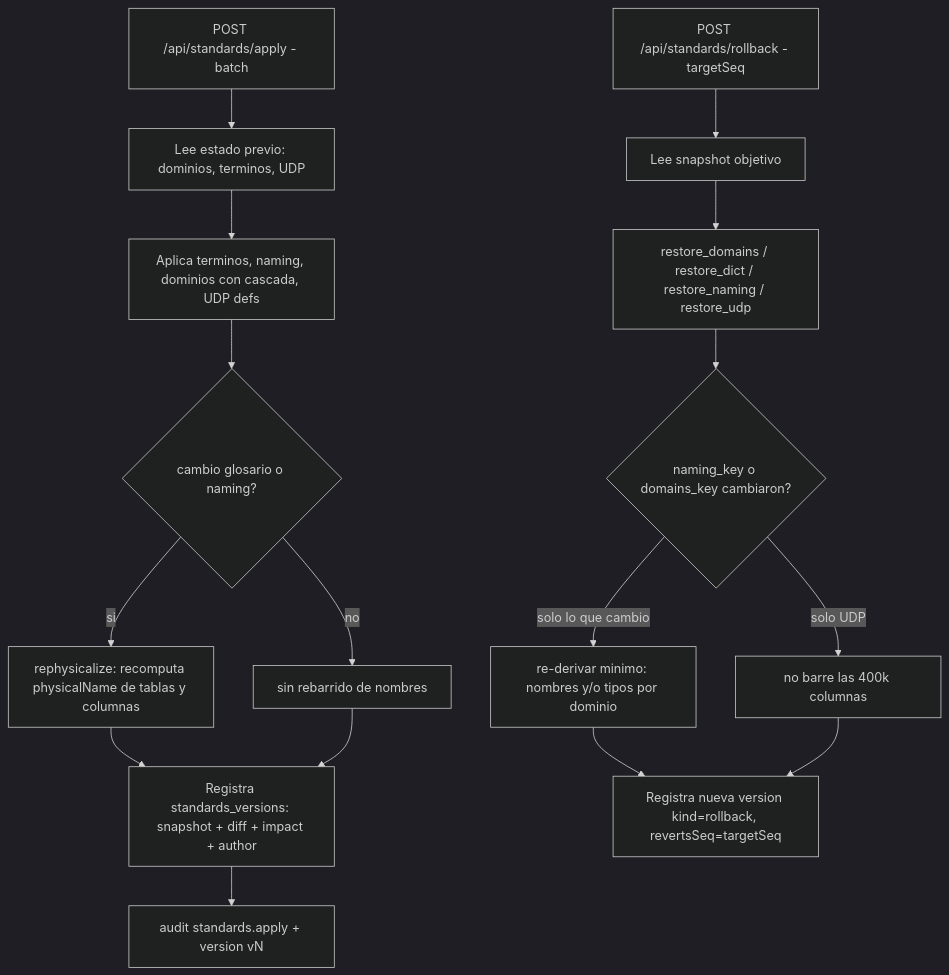
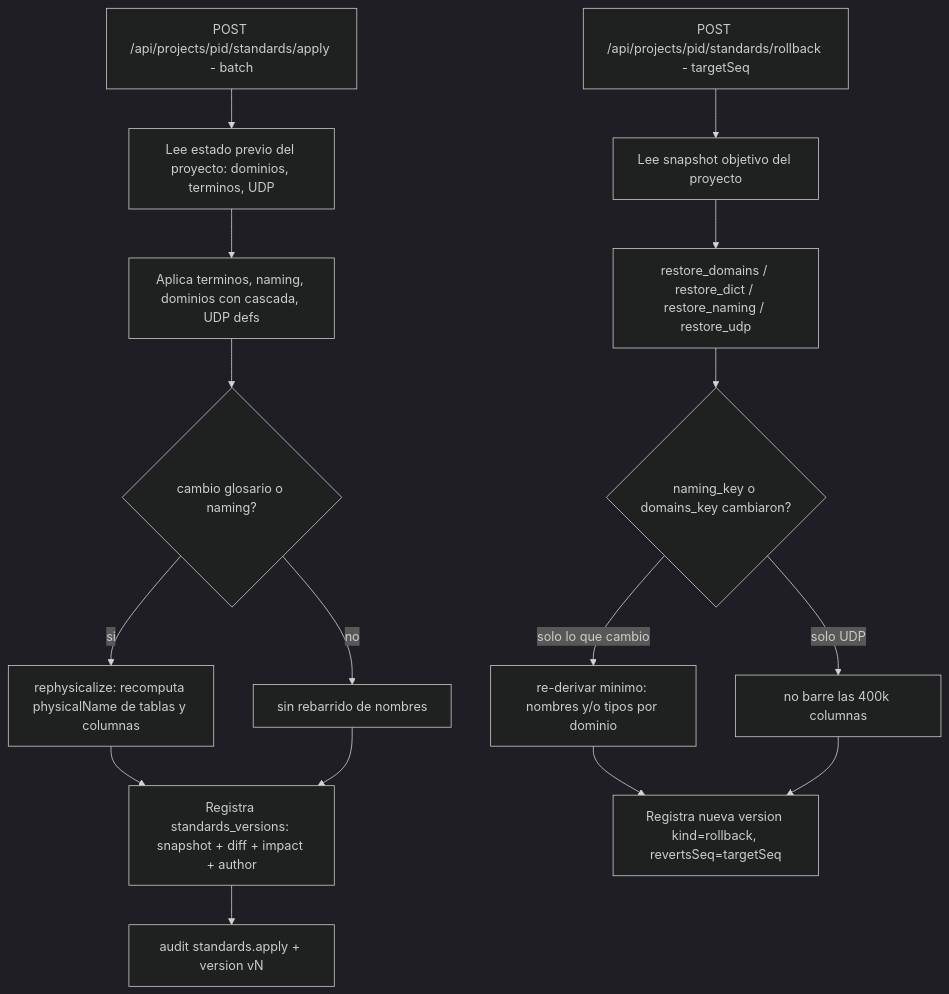
Before and after one commit to Carlosmps97/backend-data-model-hub: the fourth of 7 diagrams in doc/arquitectura.md, drawn with Mermaid (dark theme). The commit also changed other lines of this file and 248 other files, not shown here.

````diff
--- a/doc/arquitectura.md
+++ b/doc/arquitectura.md
@@ -355,19 +366,19 @@
 ```mermaid
 flowchart TD
-    A[POST /api/standards/apply - batch] --> B[Lee estado previo: dominios, terminos, UDP]
+    A[POST /api/projects/pid/standards/apply - batch] --> B[Lee estado previo del proyecto: dominios, terminos, UDP]
     B --> C[Aplica terminos, naming, dominios con cascada, UDP defs]
     C --> D{cambio glosario o naming?}
     D -->|si| E[rephysicalize: recomputa physicalName de tablas y columnas]
     D -->|no| F[sin rebarrido de nombres]
     E --> G[Registra standards_versions: snapshot + diff + impact + author]
     F --> G
     G --> H[audit standards.apply + version vN]
 
-    R[POST /api/standards/rollback - targetSeq] --> S[Lee snapshot objetivo]
+    R[POST /api/projects/pid/standards/rollback - targetSeq] --> S[Lee snapshot objetivo del proyecto]
     S --> T[restore_domains / restore_dict / restore_naming / restore_udp]
     T --> U{naming_key o domains_key cambiaron?}
     U -->|solo lo que cambio| V[re-derivar minimo: nombres y/o tipos por dominio]
     U -->|solo UDP| W[no barre las 400k columnas]
     V --> X[Registra nueva version kind=rollback, revertsSeq=targetSeq]
     W --> X
 ```
````
